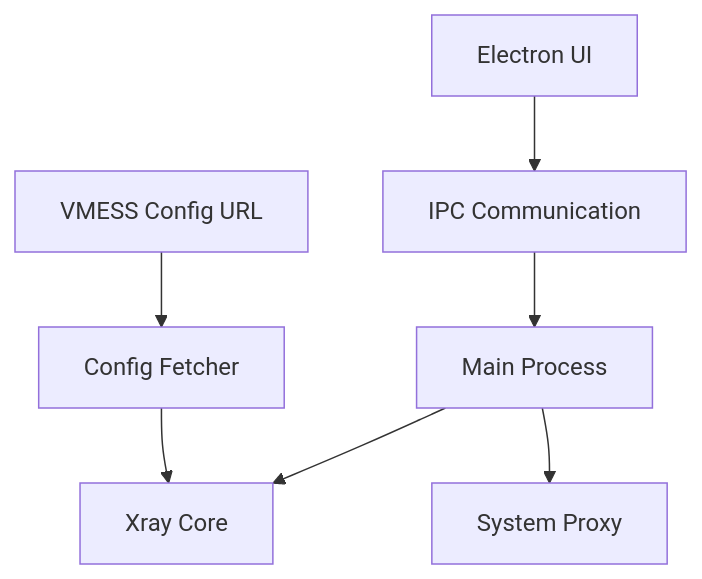
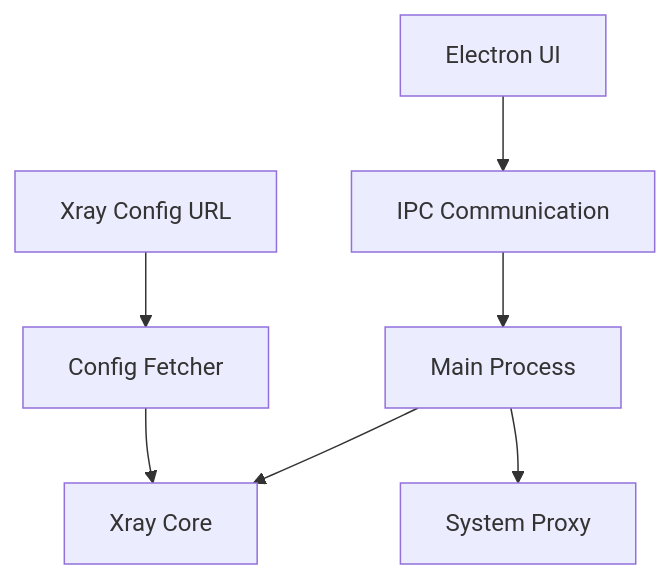
The diagram in README.md (code3-dev/dengvpn), drawn with Mermaid before and after one commit. The commit also changed other lines of this file and 62 other files, not shown here.

````diff
--- a/README.md
+++ b/README.md
@@ -68,9 +75,9 @@
 ```mermaid
 graph TD
     A[Electron UI] --> B[IPC Communication]
     B --> C[Main Process]
     C --> D[Xray Core]
     C --> E[System Proxy]
-    F[VMESS Config URL] --> G[Config Fetcher]
+    F[Xray Config URL] --> G[Config Fetcher]
     G --> D
 ```
````
